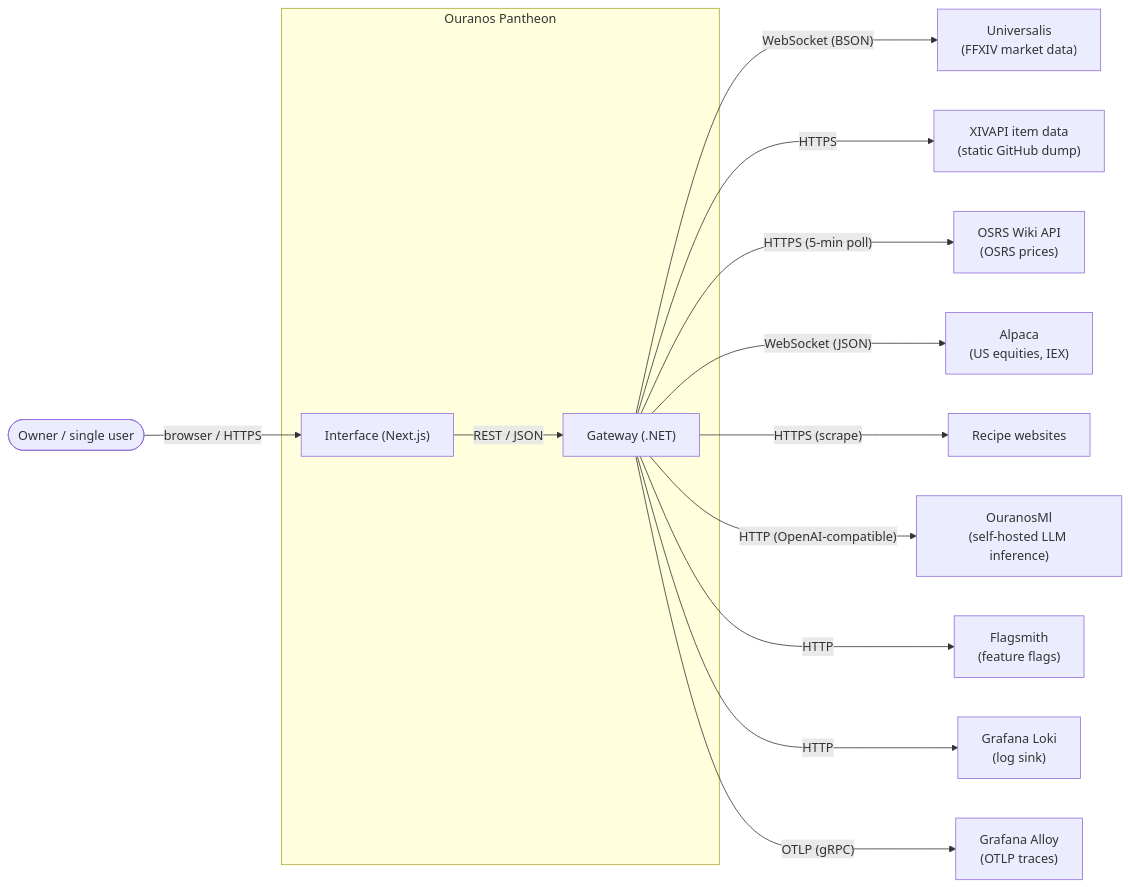
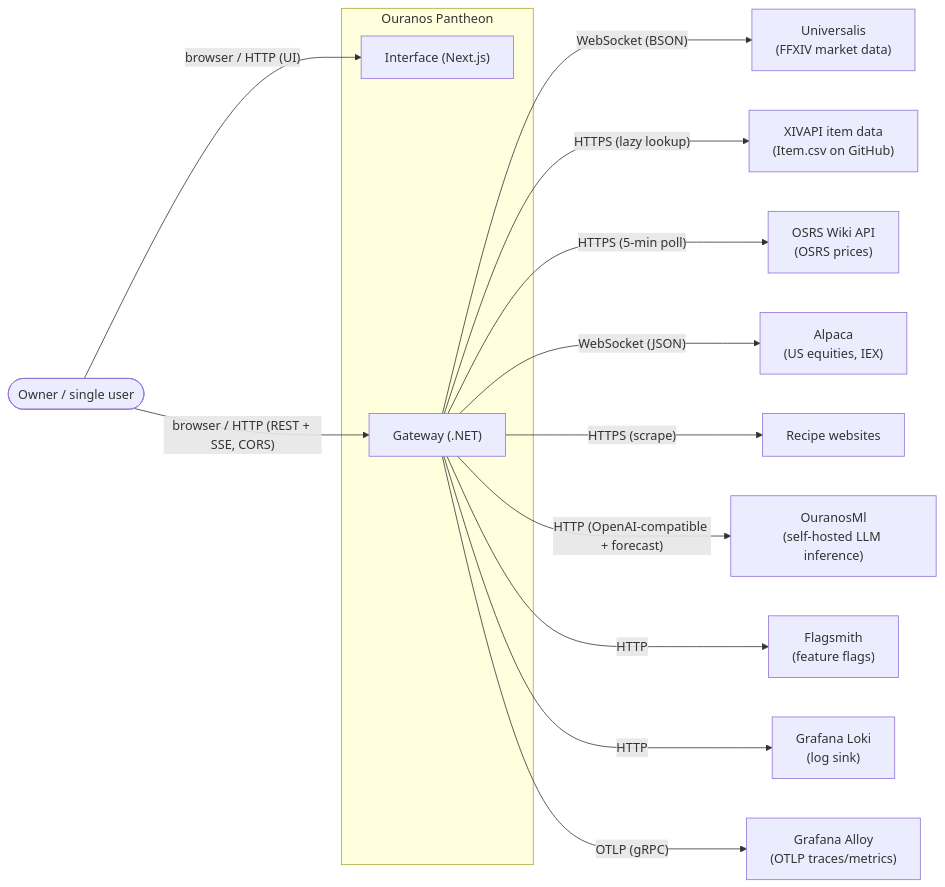
One commit to davwales/ouranos-pantheon changed the diagram in docs/architecture/03-context-and-scope.md. Above: the diagram before and after it, drawn with Mermaid. The commit also changed other lines of this file and 20 other files, not shown here.

````diff
--- a/docs/architecture/03-context-and-scope.md
+++ b/docs/architecture/03-context-and-scope.md
@@ -10,32 +10,32 @@
 ```mermaid
 graph LR
     owner([Owner / single user])
 
     subgraph pantheon["Ouranos Pantheon"]
         interface["Interface (Next.js)"]
         gateway["Gateway (.NET)"]
     end
 
     universalis["Universalis<br/>(FFXIV market data)"]
-    xivapi["XIVAPI item data<br/>(static GitHub dump)"]
+    xivapi["XIVAPI item data<br/>(Item.csv on GitHub)"]
     osrs["OSRS Wiki API<br/>(OSRS prices)"]
     alpaca["Alpaca<br/>(US equities, IEX)"]
     recipeSites["Recipe websites"]
     ouranosMl["OuranosMl<br/>(self-hosted LLM inference)"]
     flagsmith["Flagsmith<br/>(feature flags)"]
     loki["Grafana Loki<br/>(log sink)"]
-    alloy["Grafana Alloy<br/>(OTLP traces)"]
+    alloy["Grafana Alloy<br/>(OTLP traces/metrics)"]
 
-    owner -- browser / HTTPS --> interface
-    interface -- REST / JSON --> gateway
+    owner -- "browser / HTTP (UI)" --> interface
+    owner -- "browser / HTTP (REST + SSE, CORS)" --> gateway
 
     gateway -- "WebSocket (BSON)" --> universalis
-    gateway -- HTTPS --> xivapi
+    gateway -- "HTTPS (lazy lookup)" --> xivapi
     gateway -- "HTTPS (5-min poll)" --> osrs
     gateway -- "WebSocket (JSON)" --> alpaca
     gateway -- "HTTPS (scrape)" --> recipeSites
-    gateway -- "HTTP (OpenAI-compatible)" --> ouranosMl
+    gateway -- "HTTP (OpenAI-compatible + forecast)" --> ouranosMl
     gateway -- HTTP --> flagsmith
     gateway -- HTTP --> loki
     gateway -- "OTLP (gRPC)" --> alloy
 ```
````
